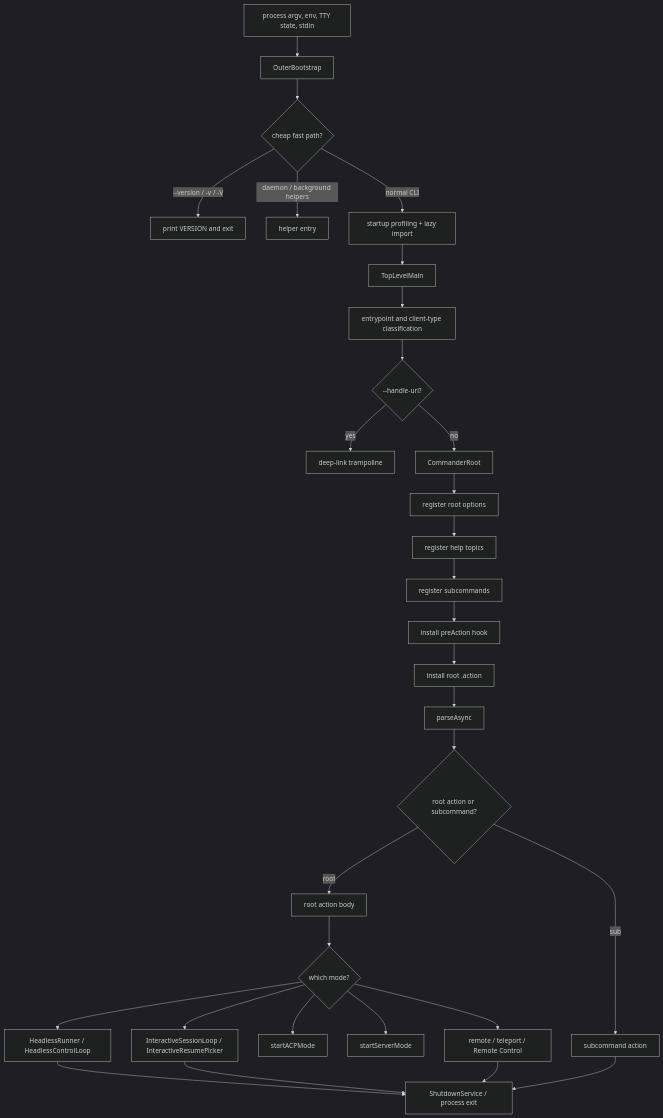
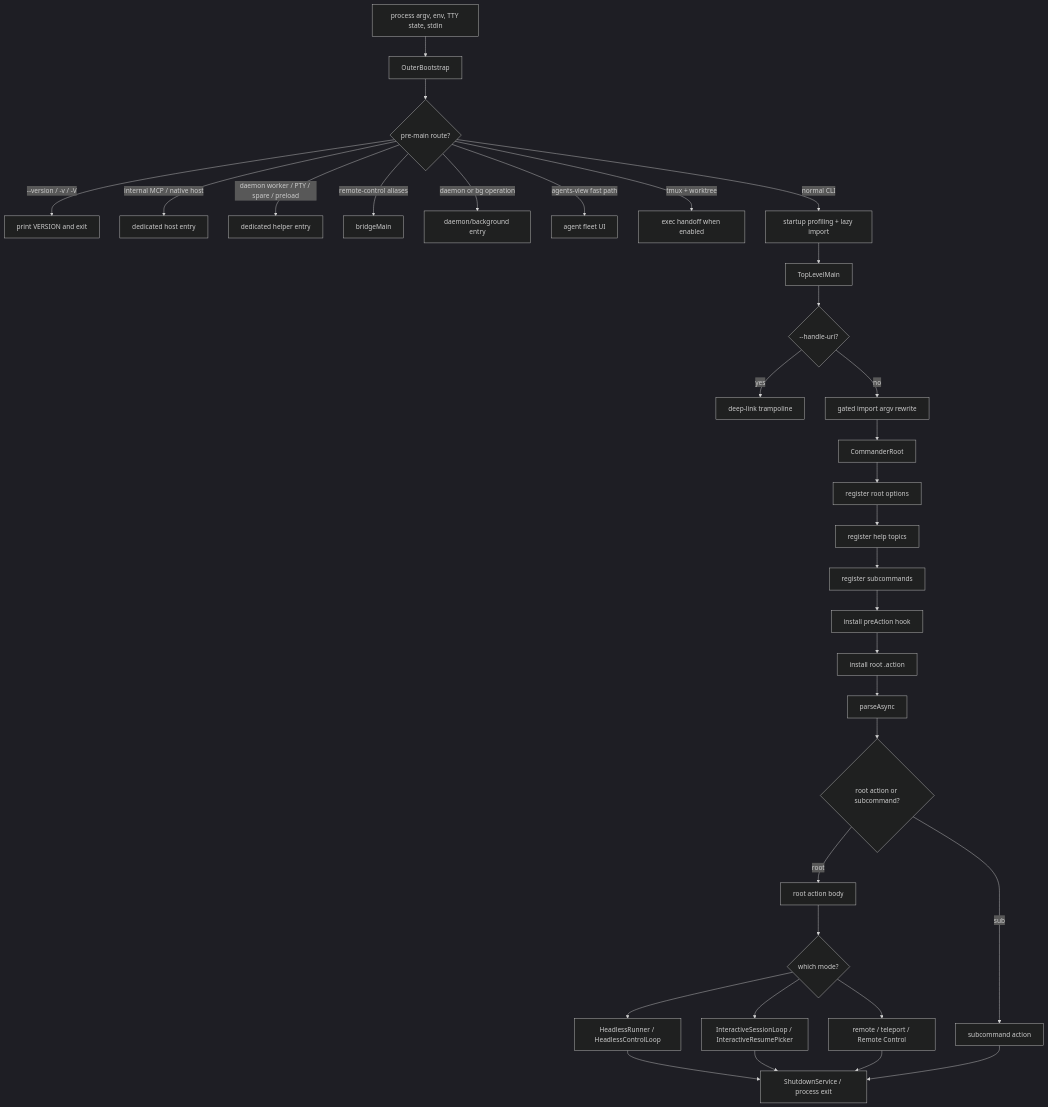
One commit to vibewatch/claude-code-internals changed the diagram in docs/01-runtime-lifecycle/architecture.md. Above: the diagram before and after it, drawn with Mermaid (dark theme). The commit also changed other lines of this file and 46 other files, not shown here.

````diff
--- a/docs/01-runtime-lifecycle/architecture.md
+++ b/docs/01-runtime-lifecycle/architecture.md
@@ -49,37 +54,40 @@
 ```mermaid
 flowchart TD
     Argv[process argv, env, TTY state, stdin] --> Boot[OuterBootstrap]
-    Boot --> FastPath{cheap fast path?}
+    Boot --> FastPath{pre-main route?}
     FastPath -->|--version / -v / -V| Version[print VERSION and exit]
-    FastPath -->|daemon / background helpers| Daemon[helper entry]
+    FastPath -->|internal MCP / native host| Host[dedicated host entry]
+    FastPath -->|daemon worker / PTY / spare / preload| Helper[dedicated helper entry]
+    FastPath -->|remote-control aliases| Bridge[bridgeMain]
+    FastPath -->|daemon or bg operation| Daemon[daemon/background entry]
+    FastPath -->|agents-view fast path| Fleet[agent fleet UI]
+    FastPath -->|tmux + worktree| Tmux[exec handoff when enabled]
     FastPath -->|normal CLI| Profile[startup profiling + lazy import]
     Profile --> Main[TopLevelMain]
 
-    Main --> Identity[entrypoint and client-type classification]
-    Identity --> DeepLink{--handle-uri?}
+    Main --> DeepLink{--handle-uri?}
     DeepLink -->|yes| Trampoline[deep-link trampoline]
-    DeepLink -->|no| Commander[CommanderRoot]
+    DeepLink -->|no| ImportRewrite[gated import argv rewrite]
+    ImportRewrite --> Commander[CommanderRoot]
 
     Commander --> Options[register root options]
     Options --> Help[register help topics]
     Help --> Subs[register subcommands]
     Subs --> Pre[install preAction hook]
     Pre --> Action[install root .action]
     Action --> Parse[parseAsync]
 
     Parse --> ActionRun{root action or subcommand?}
     ActionRun -->|root| RootBody[root action body]
     ActionRun -->|sub| SubAction[subcommand action]
 
     RootBody --> ModeRouter{which mode?}
     ModeRouter --> Headless[HeadlessRunner / HeadlessControlLoop]
-    ModeRouter --> ACP[startACPMode]
-    ModeRouter --> Server[startServerMode]
     ModeRouter --> Interactive[InteractiveSessionLoop / InteractiveResumePicker]
     ModeRouter --> Remote[remote / teleport / Remote Control]
 
     Headless --> Shutdown[ShutdownService / process exit]
     Interactive --> Shutdown
     Remote --> Shutdown
     SubAction --> Shutdown
 ```
````
